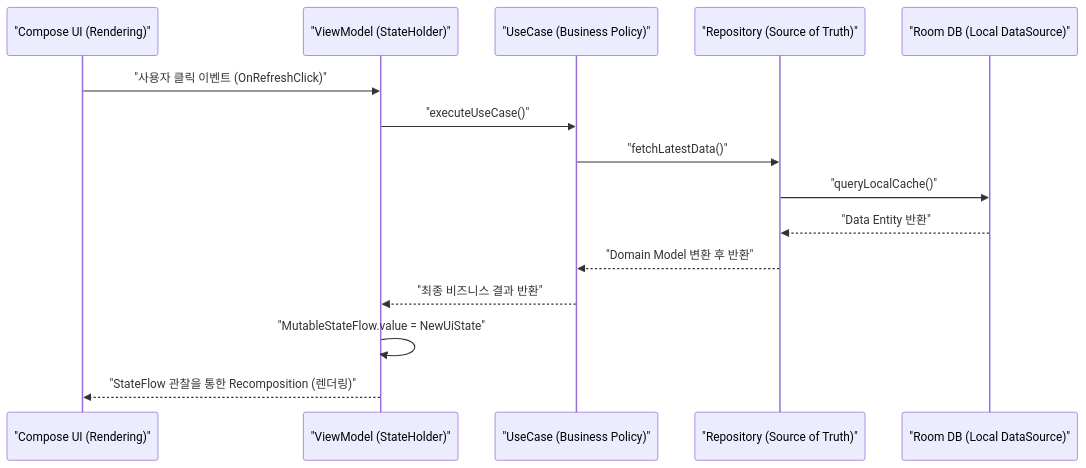
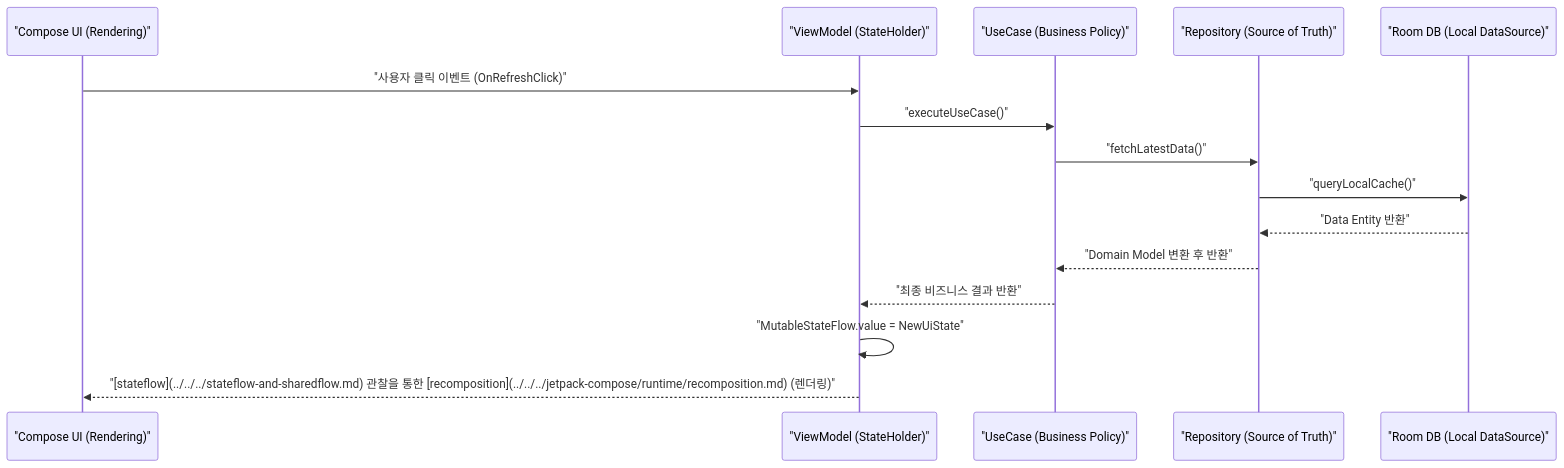
Before and after one commit to youngmin-gwon/what-i-studied: the diagram in 01_inbox/mobile/android/02_app_framework/architecture/jetpack-architecture/architecture-contracts/ui-domain-data-layers-separate-rendering-policy-and-source-of-truth.md, drawn with Mermaid. The commit also changed other lines of this file and 185 other files, not shown here.

````diff
--- a/01_inbox/mobile/android/02_app_framework/architecture/jetpack-architecture/architecture-contracts/ui-domain-data-layers-separate-rendering-policy-and-source-of-truth.md
+++ b/01_inbox/mobile/android/02_app_framework/architecture/jetpack-architecture/architecture-contracts/ui-domain-data-layers-separate-rendering-policy-and-source-of-truth.md
@@ -35,18 +35,18 @@
 ```mermaid
 sequenceDiagram
     participant UI as "Compose UI (Rendering)"
     participant VM as "ViewModel (StateHolder)"
     participant UC as "UseCase (Business Policy)"
     participant Repo as "Repository (Source of Truth)"
     participant Room as "Room DB (Local DataSource)"
 
     UI->>VM: "사용자 클릭 이벤트 (OnRefreshClick)"
     VM->>UC: "executeUseCase()"
     UC->>Repo: "fetchLatestData()"
     Repo->>Room: "queryLocalCache()"
     Room-->>Repo: "Data Entity 반환"
     Repo-->>UC: "Domain Model 변환 후 반환"
     UC-->>VM: "최종 비즈니스 결과 반환"
     VM->>VM: "MutableStateFlow.value = NewUiState"
-    VM-->>UI: "StateFlow 관찰을 통한 Recomposition (렌더링)"
+    VM-->>UI: "[stateflow](../../../stateflow-and-sharedflow.md) 관찰을 통한 [recomposition](../../../jetpack-compose/runtime/recomposition.md) (렌더링)"
 ```
````
